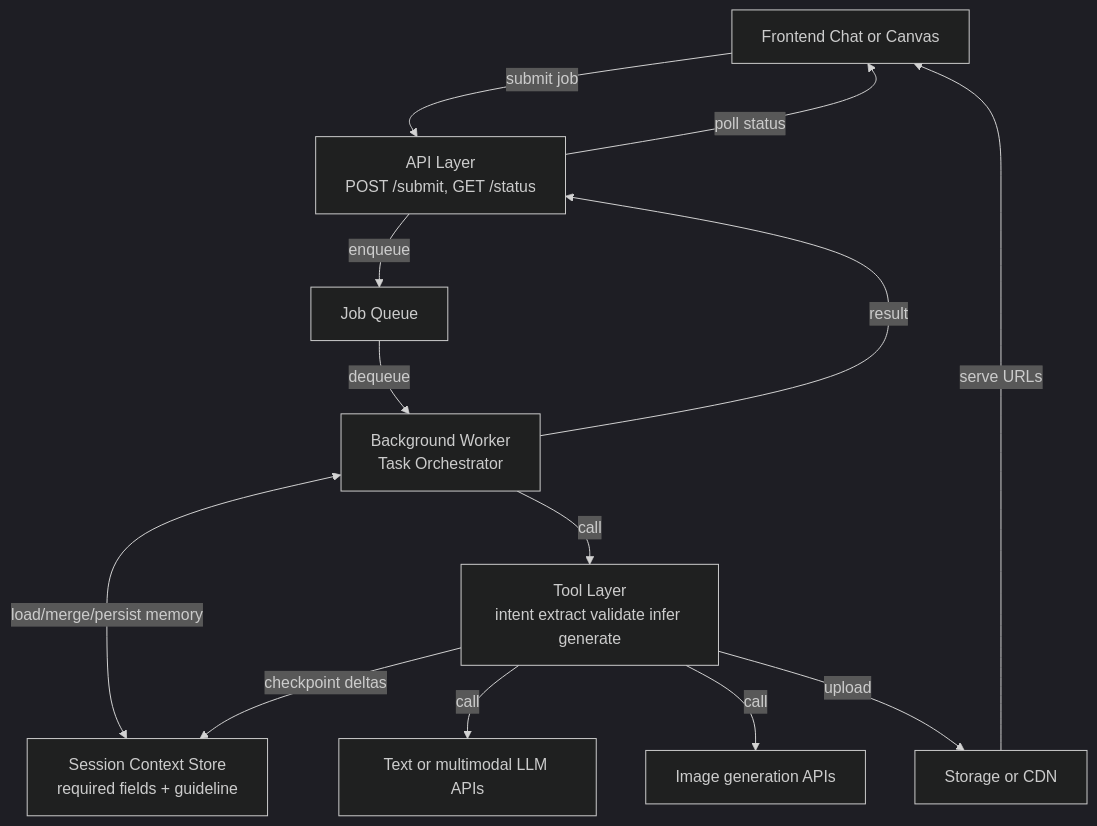
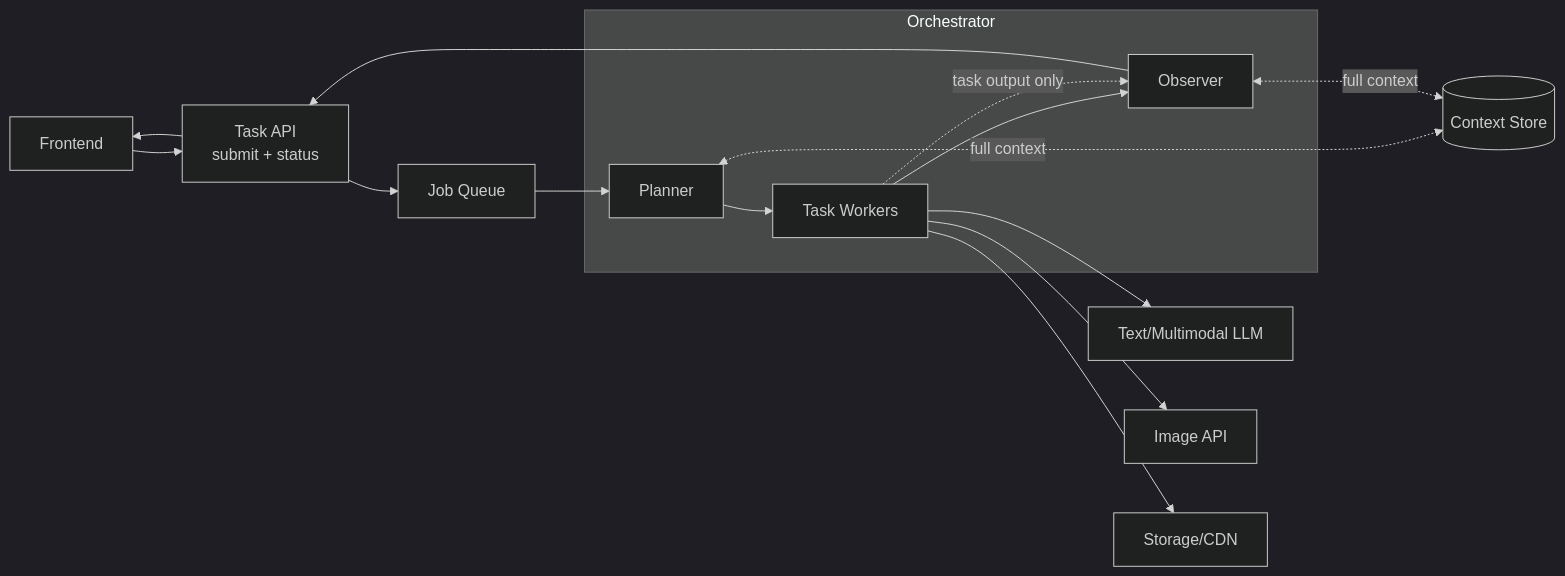
The second of 6 diagrams in architecture.md (Ne4nf/Agent-Memory), drawn with Mermaid (dark theme) before and after one commit. The commit also changed other lines of this file, not shown here.

````diff
--- a/architecture.md
+++ b/architecture.md
@@ -99,25 +114,29 @@
 ```mermaid
-graph TB
-    FE[Frontend Chat or Canvas]
-    API["API Layer\nPOST /submit, GET /status"]
-    QUEUE[Job Queue]
-    WORKER[Background Worker\nTask Orchestrator]
-    CTX["Session Context Store\nrequired fields + guideline"]
-    TOOLBOX["Tool Layer\nintent extract validate infer generate"]
-    LLM["Text or multimodal LLM APIs"]
-    IMG["Image generation APIs"]
-    STO["Storage or CDN"]
+graph LR
+    FE[Frontend]
+    API[Task API\nsubmit + status]
+    Q[Job Queue]
 
-    FE -->|submit job| API
-    API -->|enqueue| QUEUE
-    QUEUE -->|dequeue| WORKER
-    WORKER <-->|load/merge/persist memory| CTX
-    WORKER -->|call| TOOLBOX
-    TOOLBOX -->|call| LLM
-    TOOLBOX -->|call| IMG
-    TOOLBOX -->|upload| STO
-    TOOLBOX -->|checkpoint deltas| CTX
-    WORKER -->|result| API
-    API -->|poll status| FE
-    STO -->|serve URLs| FE
+    subgraph ORCH[Orchestrator]
+      P[Planner]
+      TS[Task Workers]
+      O[Observer]
+    end
+
+    CTX[(Context Store)]
+    LLM[Text/Multimodal LLM]
+    IMG[Image API]
+    STO[Storage/CDN]
+
+    FE --> API --> Q --> P
+    P --> TS --> O
+    O --> API --> FE
+
+    TS --> LLM
+    TS --> IMG
+    TS --> STO
+
+    P <-. full context .-> CTX
+    O <-. full context .-> CTX
+    TS -. task output only .-> O
 ```
````
